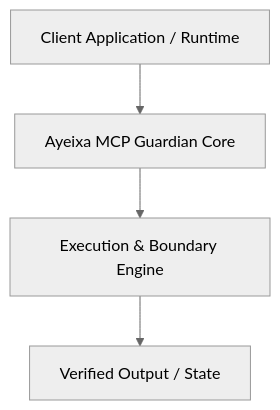
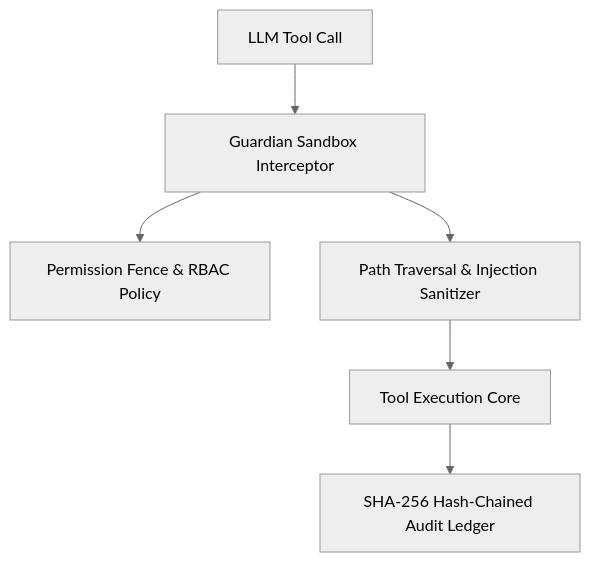
One commit to alpallovy/ayeixa-mcp-guardian changed the diagram in ARCHITECTURE.md. Above: the diagram before and after it, drawn with Mermaid (neutral theme). The commit also changed other lines of this file and 17 other files, not shown here.

````diff
--- a/ARCHITECTURE.md
+++ b/ARCHITECTURE.md
@@ -7,6 +7,8 @@
 ```mermaid
 flowchart TD
-    Client["Client Application / Runtime"] --> Router["Ayeixa MCP Guardian Core"]
-    Router --> Engine["Execution & Boundary Engine"]
-    Engine --> Output["Verified Output / State"]
+    Agent["LLM Tool Call"] --> Sandbox["Guardian Sandbox Interceptor"]
+    Sandbox --> Fence["Permission Fence & RBAC Policy"]
+    Sandbox --> Sanitizer["Path Traversal & Injection Sanitizer"]
+    Sanitizer --> Executor["Tool Execution Core"]
+    Executor --> Audit["SHA-256 Hash-Chained Audit Ledger"]
 ```
````
